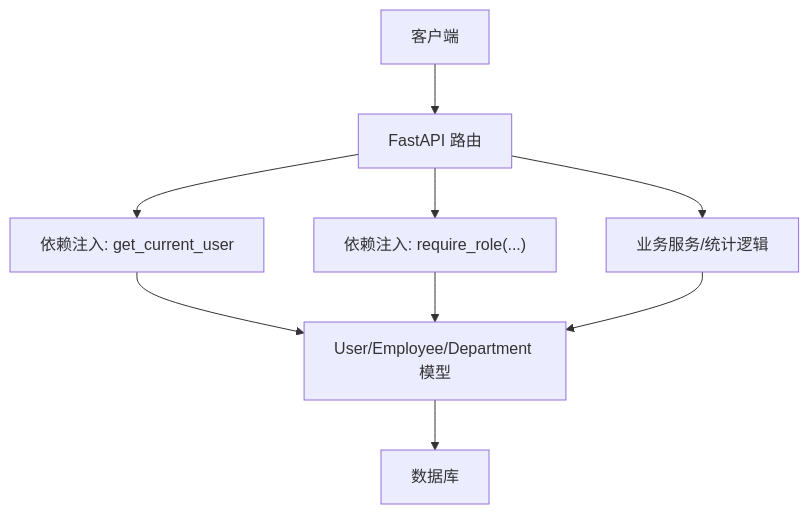
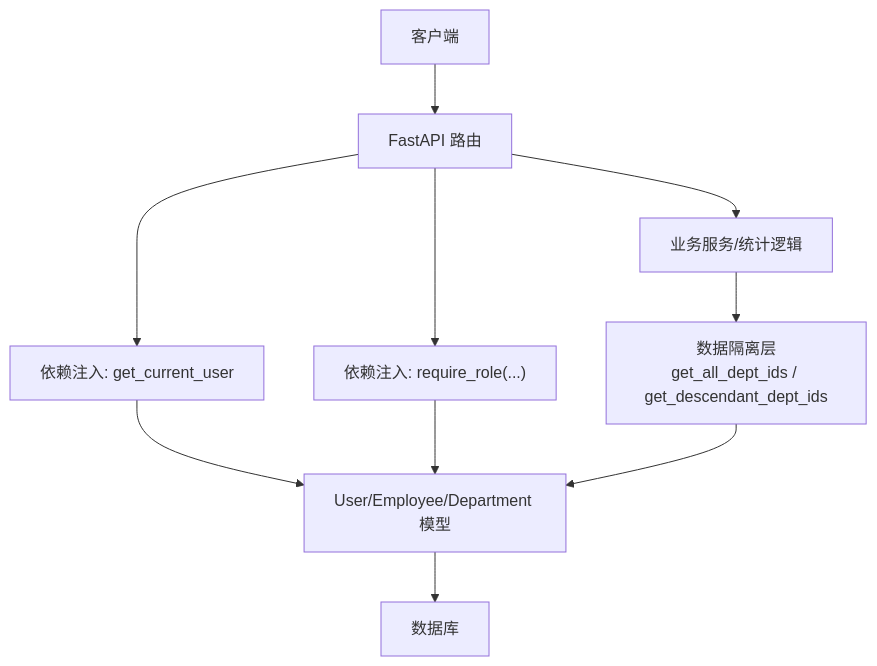
One commit to xgd561/performance_evaluation_system changed the eighth of 11 diagrams in .qoder/repowiki/zh/content/系统架构/安全架构设计/RBAC权限控制.md. Above: the diagram before and after it, drawn with Mermaid. The commit also changed other lines of this file and 136 other files, not shown here.

````diff
--- a/.qoder/repowiki/zh/content/系统架构/安全架构设计/RBAC权限控制.md
+++ b/.qoder/repowiki/zh/content/系统架构/安全架构设计/RBAC权限控制.md
@@ -238,11 +286,12 @@
 ```mermaid
 graph TB
 Client["客户端"] --> Router["FastAPI 路由"]
 Router --> DepAuth["依赖注入: get_current_user"]
 Router --> DepRole["依赖注入: require_role(...)"]
 DepAuth --> Model["User/Employee/Department 模型"]
 DepRole --> Model
 Router --> Service["业务服务/统计逻辑"]
-Service --> Model
+Service --> DataIsolation["数据隔离层<br/>get_all_dept_ids / get_descendant_dept_ids"]
+DataIsolation --> Model
 Model --> DB["数据库"]
 ```
````
